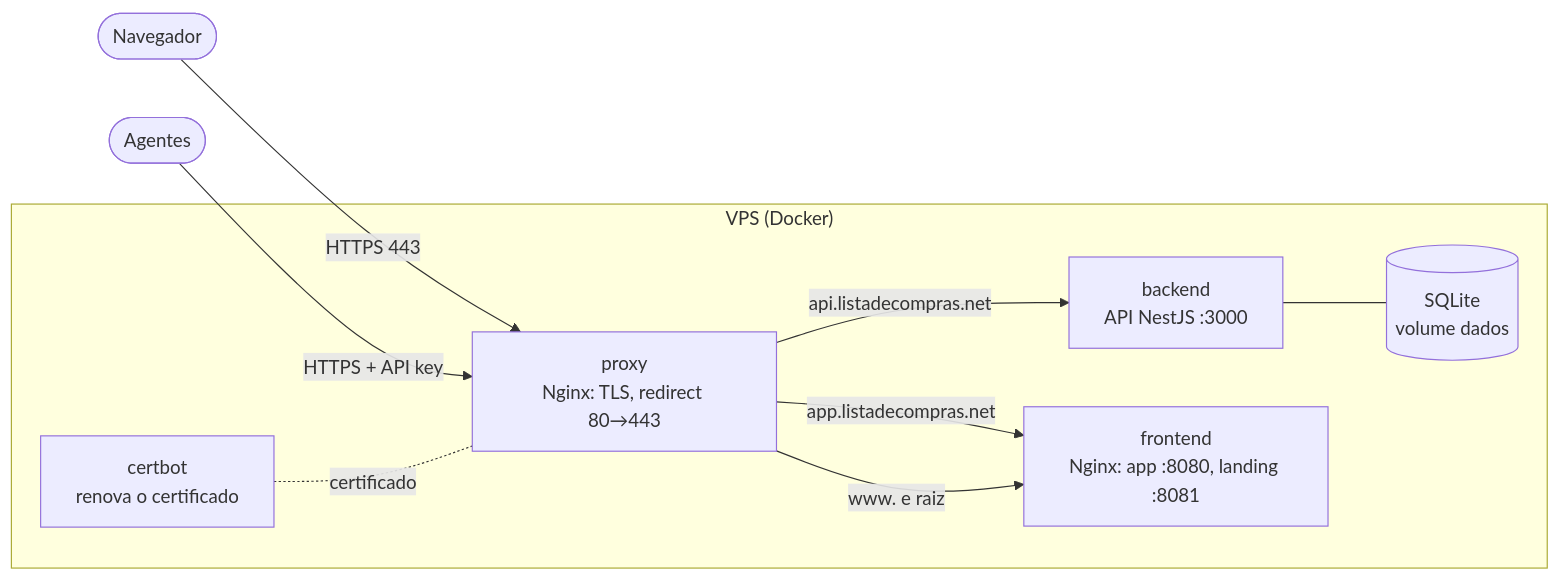
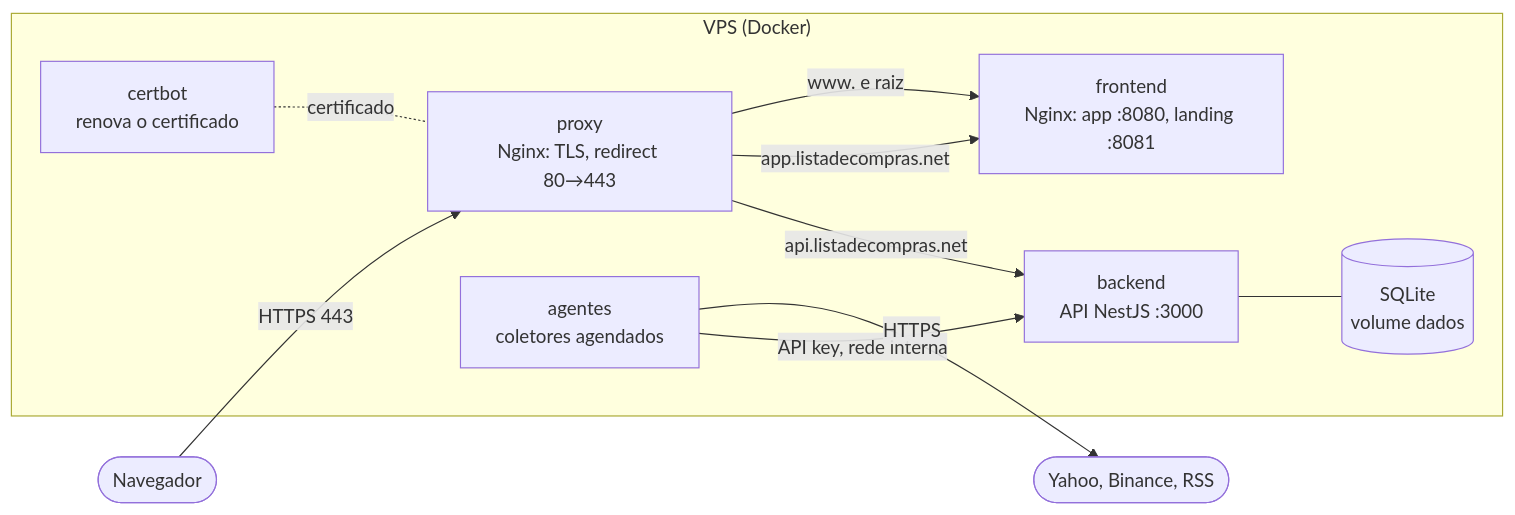
Before and after one commit to rattones/lista-acoes: the diagram in README.md, drawn with Mermaid. The commit also changed other lines of this file and 34 other files, not shown here.

````diff
--- a/README.md
+++ b/README.md
@@ -21,17 +21,20 @@
 ```mermaid
 flowchart LR
   navegador([Navegador]) -->|HTTPS 443| proxy
-  agentes([Agentes]) -->|HTTPS + API key| proxy
+  fontes([Yahoo, Binance, RSS])
   subgraph VPS["VPS (Docker)"]
     proxy["proxy<br/>Nginx: TLS, redirect 80→443"]
     certbot["certbot<br/>renova o certificado"]
     backend["backend<br/>API NestJS :3000"]
     frontend["frontend<br/>Nginx: app :8080, landing :8081"]
     db[("SQLite<br/>volume dados")]
+    agentes["agentes<br/>coletores agendados"]
     proxy -->|api.listadecompras.net| backend
     proxy -->|app.listadecompras.net| frontend
     proxy -->|www. e raiz| frontend
     backend --- db
+    agentes -->|API key, rede interna| backend
     certbot -. certificado .- proxy
   end
+  agentes -->|HTTPS| fontes
 ```
````
